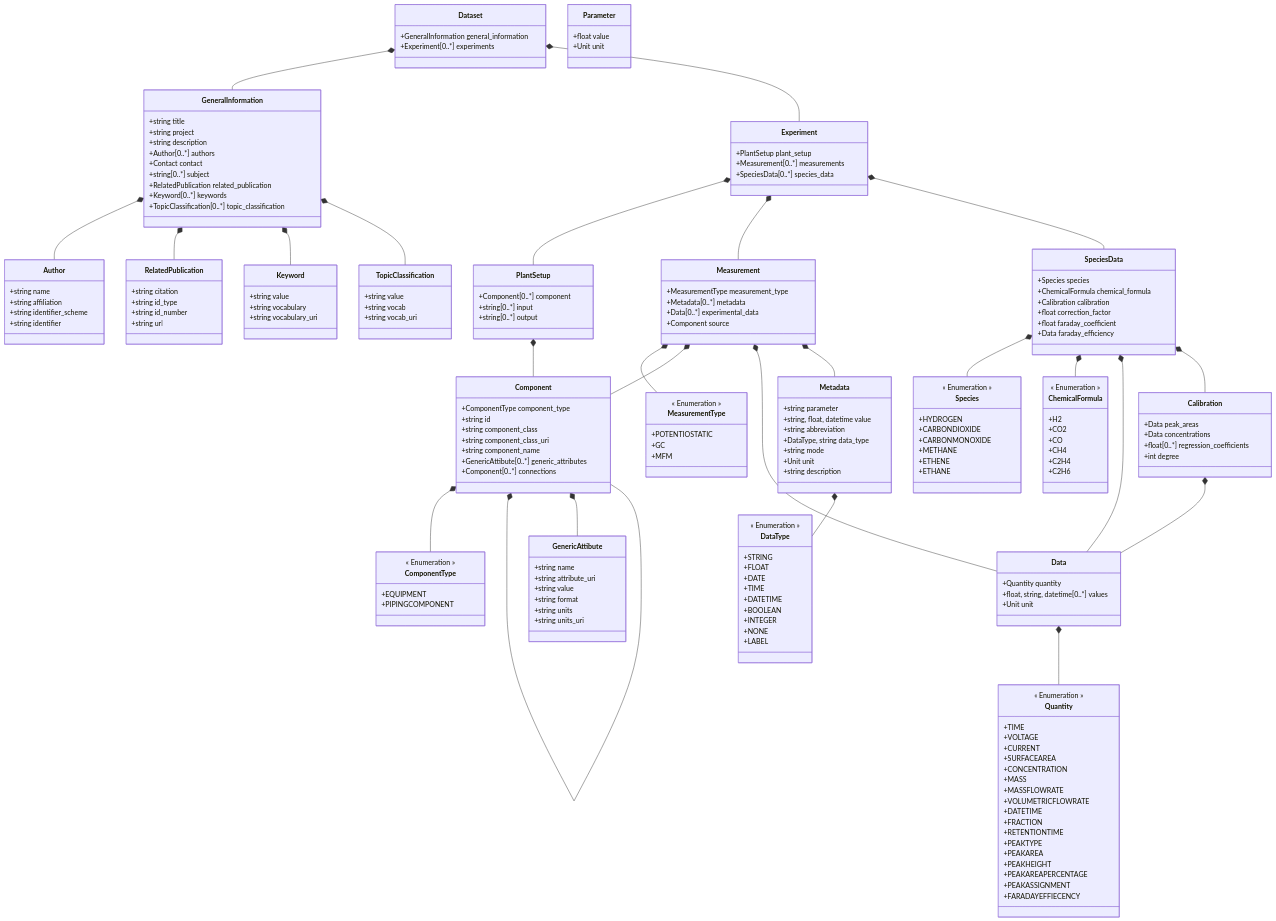
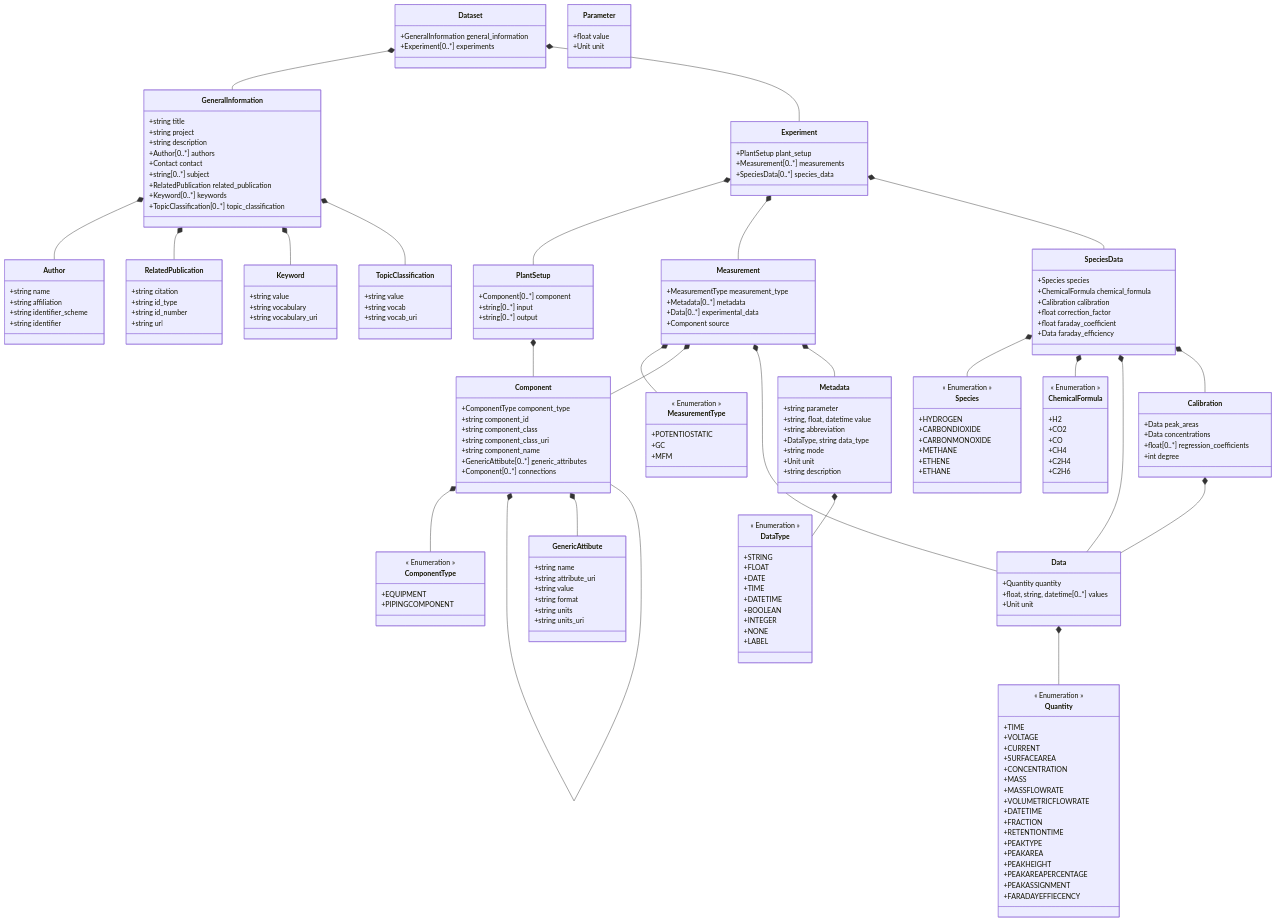
One commit to FAIRChemistry/FAIRFlow changed the diagram in FAIRFlowChemistry/schemes/fairflowchemistry_schema.md. Above: the diagram before and after it, drawn with Mermaid. The commit also changed 18 other files, not shown here.

```diff
--- a/FAIRFlowChemistry/schemes/fairflowchemistry_schema.md
+++ b/FAIRFlowChemistry/schemes/fairflowchemistry_schema.md
@@ -82,7 +82,7 @@
     
     class Component {
         +ComponentType component_type
-        +string id
+        +string component_id
         +string component_class
         +string component_class_uri
         +string component_name
```
